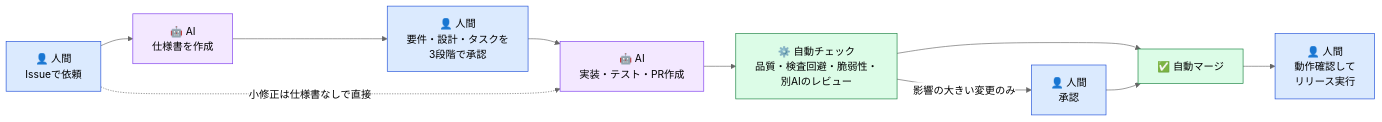
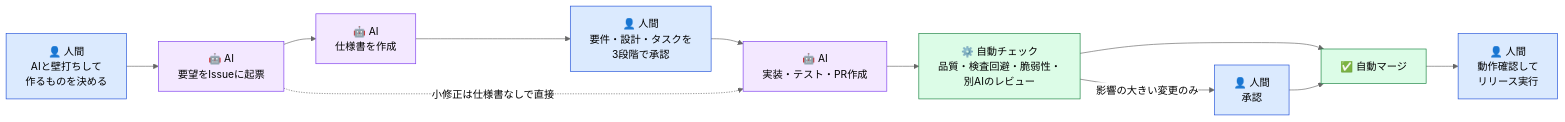
The second of 2 diagrams in README.md (DogisRiki/KeirekiPro), drawn with Mermaid (neutral theme) before and after one commit. The commit also changed other lines of this file and 6 other files, not shown here.

````diff
--- a/README.md
+++ b/README.md
@@ -305,22 +305,23 @@
 ```mermaid
 flowchart LR
-    H1["👤 人間<br/>Issueで依頼"]
+    H1["👤 人間<br/>AIと壁打ちして<br/>作るものを決める"]
+    A0["🤖 AI<br/>要望をIssueに起票"]
     A1["🤖 AI<br/>仕様書を作成"]
     H2["👤 人間<br/>要件・設計・タスクを<br/>3段階で承認"]
     A2["🤖 AI<br/>実装・テスト・PR作成"]
     C1["⚙️ 自動チェック<br/>品質・検査回避・脆弱性・<br/>別AIのレビュー"]
     H4["👤 人間<br/>承認"]
     M["✅ 自動マージ"]
     H3["👤 人間<br/>動作確認して<br/>リリース実行"]
 
-    H1 --> A1 --> H2 --> A2 --> C1 --> M --> H3
+    H1 --> A0 --> A1 --> H2 --> A2 --> C1 --> M --> H3
     C1 -->|影響の大きい変更のみ| H4 --> M
-    H1 -.小修正は仕様書なしで直接.-> A2
+    A0 -.小修正は仕様書なしで直接.-> A2
 
     classDef human fill:#dbeafe,stroke:#1d4ed8
     classDef ai fill:#f3e8ff,stroke:#7c3aed
     classDef auto fill:#dcfce7,stroke:#15803d
     class H1,H2,H3,H4 human
-    class A1,A2 ai
+    class A0,A1,A2 ai
     class C1,M auto
 ```
````
